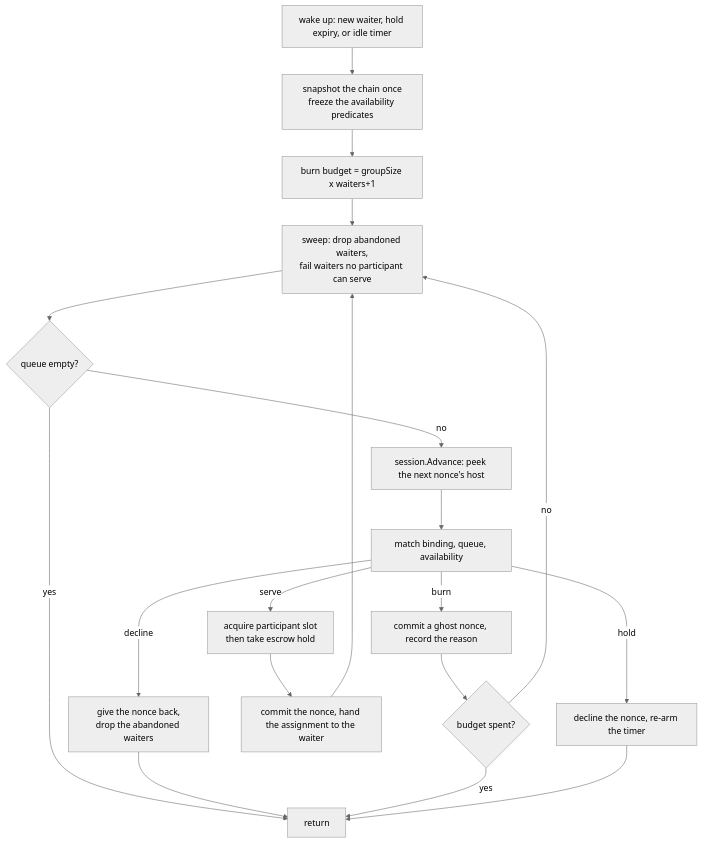
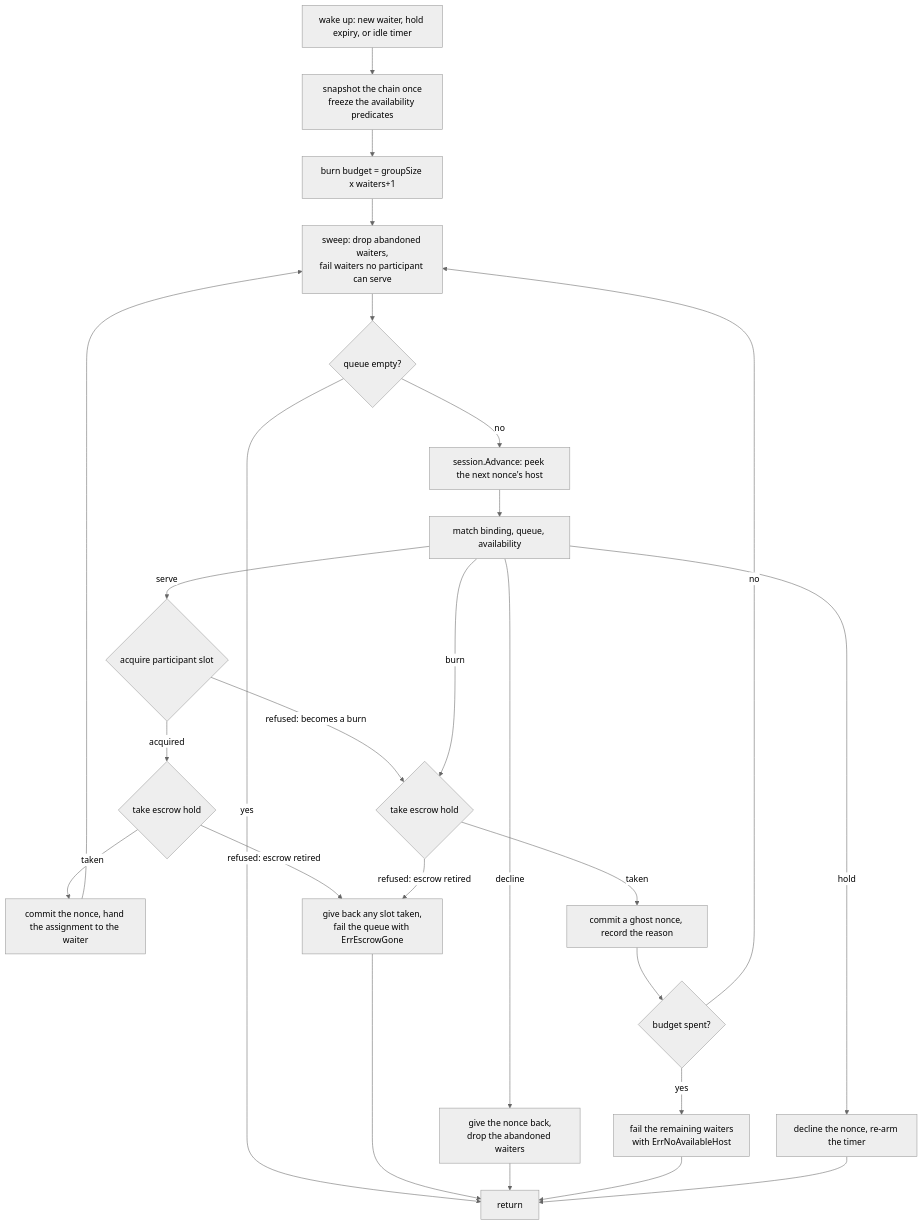
Before and after one commit to kaileido/gonka: the diagram in devshard/cmd/gateway/docs/routing.md, drawn with Mermaid (neutral theme). The commit also changed other lines of this file and 8 other files, not shown here.

````diff
--- a/devshard/cmd/gateway/docs/routing.md
+++ b/devshard/cmd/gateway/docs/routing.md
@@ -129,21 +129,28 @@
 ```mermaid
 flowchart TD
     A[wake up: new waiter, hold expiry, or idle timer] --> B[snapshot the chain once<br/>freeze the availability predicates]
     B --> C[burn budget = groupSize x waiters+1]
     C --> D[sweep: drop abandoned waiters,<br/>fail waiters no participant can serve]
     D --> E{queue empty?}
     E -->|yes| Z[return]
     E -->|no| F[session.Advance: peek the next nonce's host]
     F --> G[match binding, queue, availability]
-    G -->|serve| H[acquire participant slot<br/>then take escrow hold]
-    G -->|burn| I[commit a ghost nonce, record the reason]
+    G -->|serve| H{acquire participant slot}
+    H -->|acquired| HS{take escrow hold}
+    H -->|refused: becomes a burn| HB{take escrow hold}
+    G -->|burn| HB
+    HS -->|taken| K[commit the nonce, hand the assignment to the waiter]
+    HB -->|taken| I[commit a ghost nonce, record the reason]
+    HS -->|refused: escrow retired| X[give back any slot taken,<br/>fail the queue with ErrEscrowGone]
+    HB -->|refused: escrow retired| X
+    X --> Z
     G -->|hold| J[decline the nonce, re-arm the timer]
     G -->|decline| M[give the nonce back,<br/>drop the abandoned waiters]
     M --> Z
-    H --> K[commit the nonce, hand the assignment to the waiter]
     I --> L{budget spent?}
-    L -->|yes| Z
+    L -->|yes| N[fail the remaining waiters<br/>with ErrNoAvailableHost]
+    N --> Z
     L -->|no| D
     K --> D
     J --> Z
 ```
````
